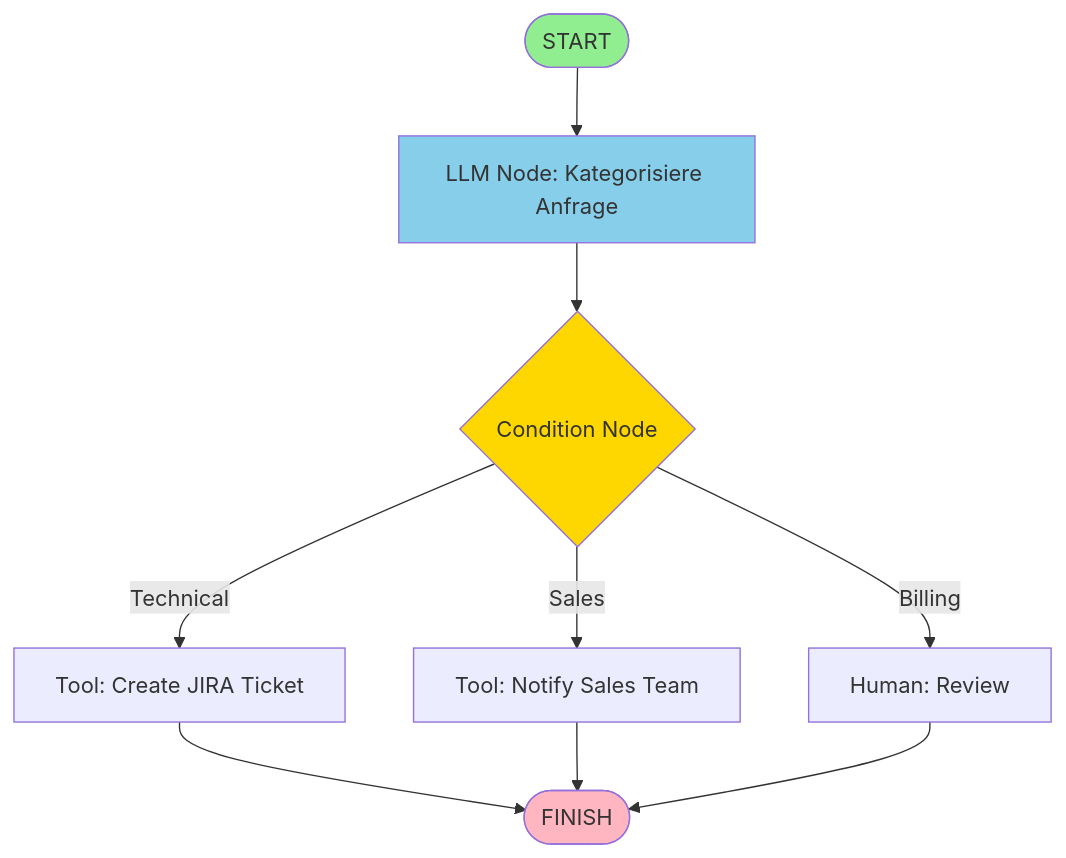
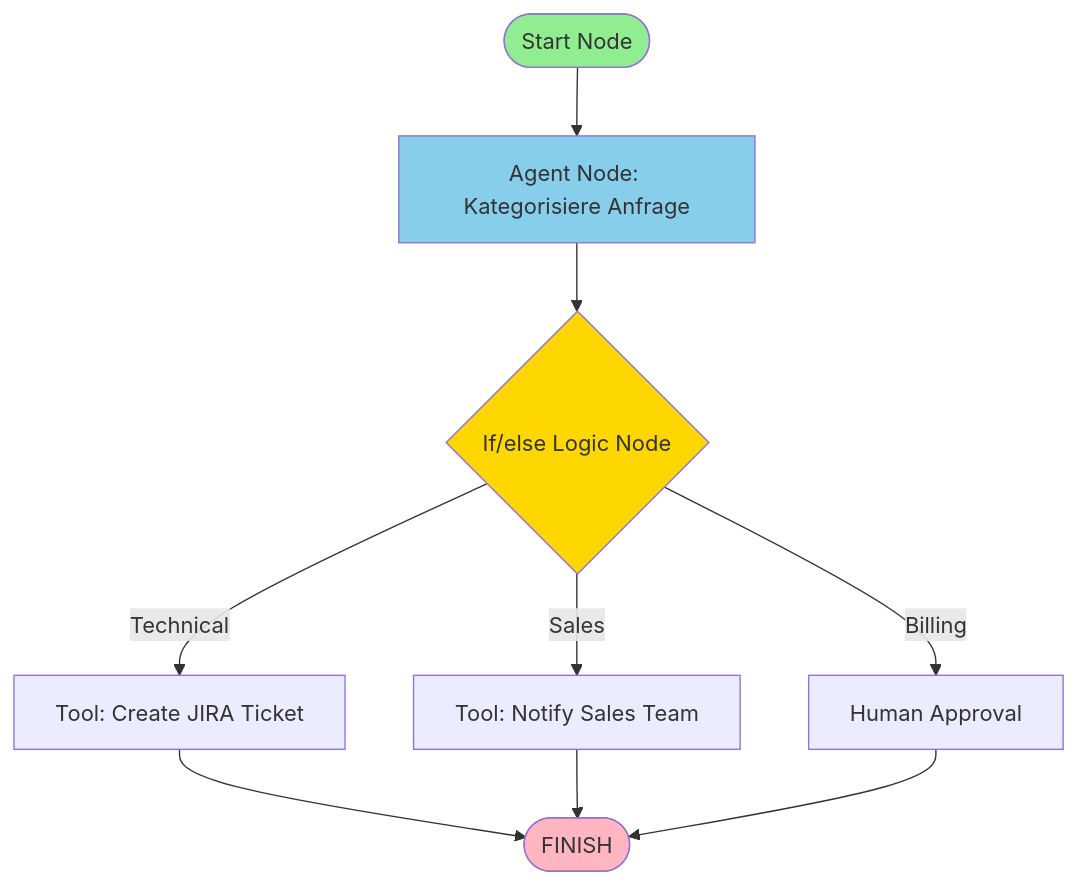
The fifth of 22 diagrams in docs/frameworks/einsteiger/einsteiger-agent-builder.md (ralf-42/GenAI), drawn with Mermaid before and after one commit. The commit also changed other lines of this file and 3 other files, not shown here.

````diff
--- a/docs/frameworks/einsteiger/einsteiger-agent-builder.md
+++ b/docs/frameworks/einsteiger/einsteiger-agent-builder.md
@@ -141,16 +141,16 @@
 ```mermaid
 graph TB
-    START([START]) --> LLM[LLM Node: Kategorisiere Anfrage]
-    LLM --> COND{Condition Node}
+    START([Start Node]) --> AGENT[Agent Node: Kategorisiere Anfrage]
+    AGENT --> COND{If/else Logic Node}
     COND -->|Technical| TECH[Tool: Create JIRA Ticket]
     COND -->|Sales| SALES[Tool: Notify Sales Team]
-    COND -->|Billing| HUMAN[Human: Review]
+    COND -->|Billing| HUMAN[Human Approval]
     TECH --> FINISH([FINISH])
     SALES --> FINISH
     HUMAN --> FINISH
 
     style START fill:#90EE90
     style FINISH fill:#FFB6C1
     style COND fill:#FFD700
-    style LLM fill:#87CEEB
+    style AGENT fill:#87CEEB
 ```
````
